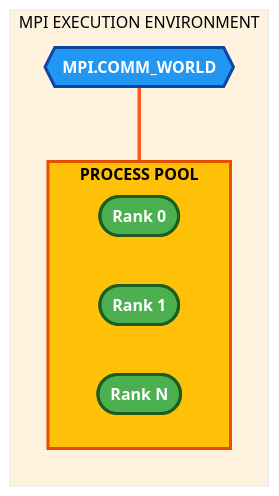
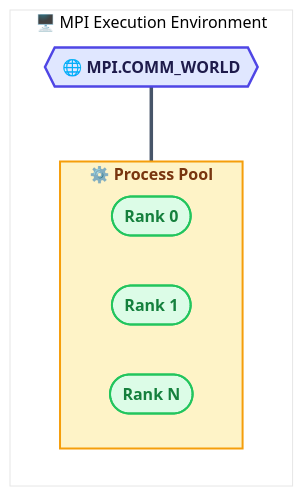
Before and after one commit to RameenAnwar/PDC-SP26-SE: the first of 8 diagrams in SyedMuhammadHuzaifaAshrafi-(23FA-035-SE)/Chapter04/README.md, drawn with Mermaid. The commit also changed other lines of this file and 5 other files, not shown here.

````diff
--- a/SyedMuhammadHuzaifaAshrafi-(23FA-035-SE)/Chapter04/README.md
+++ b/SyedMuhammadHuzaifaAshrafi-(23FA-035-SE)/Chapter04/README.md
@@ -27,24 +27,24 @@
 ```mermaid
-%%{init: {'theme': 'base', 'themeVariables': { 'lineColor': '#FF5722', 'primaryColor': '#FFFFFF', 'clusterBkg':'#FFF3E0' }}}%%
+%%{init: {'theme': 'base', 'themeVariables': { 'lineColor': '#475569', 'primaryColor': '#f8fafc', 'primaryTextColor': '#0f172a', 'primaryBorderColor': '#cbd5e1' }}}%%
 flowchart TD
-    %% Pro Max MPI Structure Visualization
-    classDef comm fill:#2196F3,stroke:#0D47A1,stroke-width:3px,color:#FFFFFF,font-weight:bold,rx:10,ry:10
-    classDef rank fill:#4CAF50,stroke:#1B5E20,stroke-width:3px,color:#FFFFFF,font-weight:bold
-    classDef pool fill:#FFC107,stroke:#E65100,stroke-width:3px,color:#000000,font-weight:bold
+    %% Premium MPI Structure Visualization
+    classDef comm fill:#e0e7ff,stroke:#4f46e5,stroke-width:2.5px,color:#1e1b4b,font-weight:bold
+    classDef rank fill:#dcfce7,stroke:#22c55e,stroke-width:2px,color:#15803d,font-weight:bold
+    classDef pool fill:#fef3c7,stroke:#f59e0b,stroke-width:2px,color:#78350f,font-weight:bold
     
-    subgraph MPI_ENV ["MPI EXECUTION ENVIRONMENT"]
+    subgraph MPI_ENV ["🖥️ MPI Execution Environment"]
         direction TB
-        CW{{MPI.COMM_WORLD}}
+        CW{{"🌐 MPI.COMM_WORLD"}}
         
-        subgraph PROCESS_POOL ["PROCESS POOL"]
+        subgraph PROCESS_POOL ["⚙️ Process Pool"]
             direction LR
-            P0([Rank 0])
-            P1([Rank 1])
-            PN([Rank N])
+            P0(["Rank 0"])
+            P1(["Rank 1"])
+            PN(["Rank N"])
         end
         CW === PROCESS_POOL
     end
     class CW comm
     class P0,P1,PN rank
     class PROCESS_POOL pool
 ```
````
